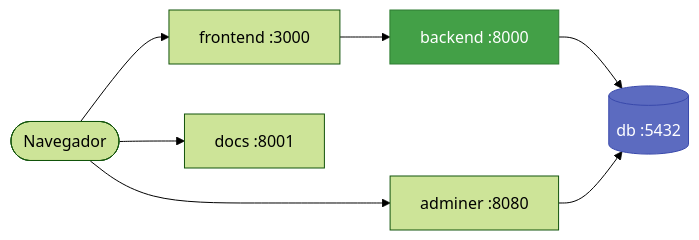
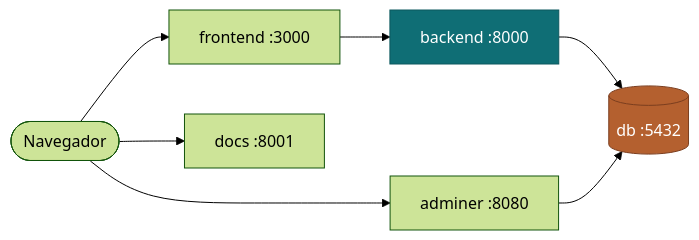
Before and after one commit to felipegf1/docs-grupo3-tppe: the diagram in docs/ambiente/docker.md, drawn with Mermaid (forest theme). The commit also changed 6 other files, not shown here.

````diff
--- a/docs/ambiente/docker.md
+++ b/docs/ambiente/docker.md
@@ -15,12 +15,12 @@
 ```mermaid
 flowchart LR
     U(["Navegador"]) --> FE["frontend :3000"]
     U --> AD["adminer :8080"]
     U --> DC["docs :8001"]
     FE --> BE["backend :8000"]
     BE --> DB[("db :5432")]
     AD --> DB
 
-    style DB fill:#5c6bc0,stroke:#3949ab,color:#fff
-    style BE fill:#43a047,stroke:#2e7d32,color:#fff
+    style DB fill:#b4602f,stroke:#7b3e1f,color:#fff
+    style BE fill:#0f6e75,stroke:#0d585e,color:#fff
 ```
````
